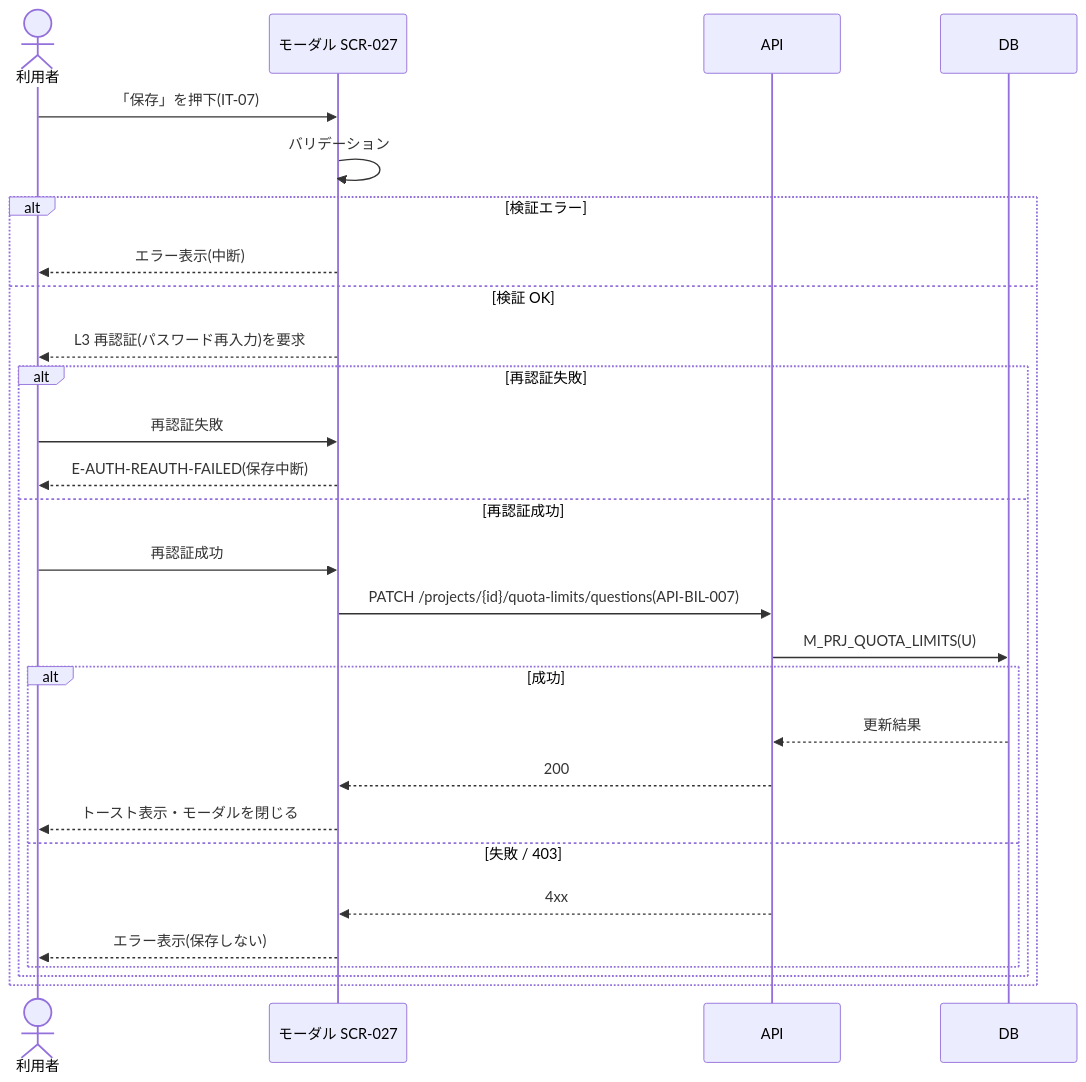
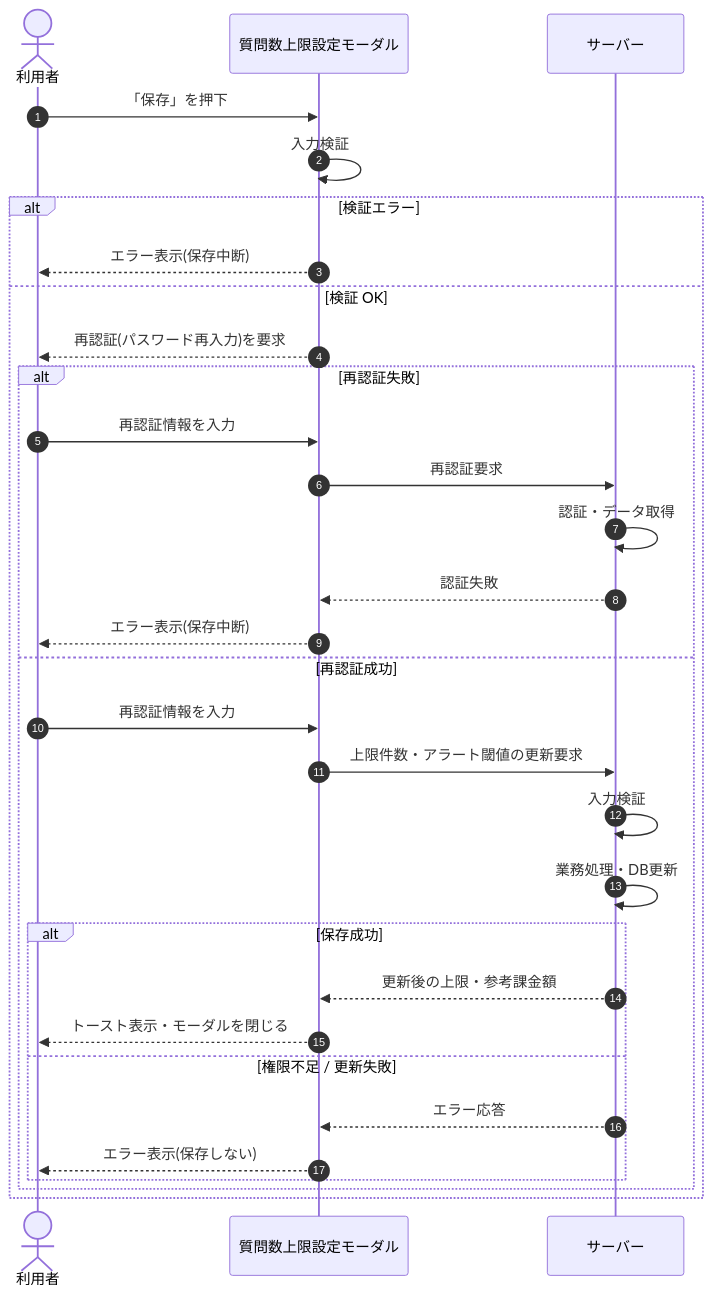
The diagram in 02_basic_design/05_sequences/SEQ-080.md (sikakou54/open-faq), drawn with Mermaid before and after one commit. The commit also changed other lines of this file and 108 other files, not shown here.

First line of the commit message:
基本設計: シーケンス図を基本設計粒度(ユーザー/画面/サーバー)へ再編成

````diff
--- a/02_basic_design/05_sequences/SEQ-080.md
+++ b/02_basic_design/05_sequences/SEQ-080.md
@@ -25,30 +32,33 @@
 ```mermaid
 sequenceDiagram
+  autonumber
   actor U as 利用者
-  participant S as モーダル SCR-027
-  participant API as API
-  participant DB as DB
-  U->>S: 「保存」を押下(IT-07)
-  S->>S: バリデーション
+  participant Screen as 質問数上限設定モーダル
+  participant Server as サーバー
+  U->>Screen: 「保存」を押下
+  Screen->>Screen: 入力検証
   alt 検証エラー
-    S-->>U: エラー表示(中断)
+    Screen-->>U: エラー表示(保存中断)
   else 検証 OK
-    S-->>U: L3 再認証(パスワード再入力)を要求
+    Screen-->>U: 再認証(パスワード再入力)を要求
     alt 再認証失敗
-      U->>S: 再認証失敗
-      S-->>U: E-AUTH-REAUTH-FAILED(保存中断)
+      U->>Screen: 再認証情報を入力
+      Screen->>Server: 再認証要求
+      Server->>Server: 認証・データ取得
+      Server-->>Screen: 認証失敗
+      Screen-->>U: エラー表示(保存中断)
     else 再認証成功
-      U->>S: 再認証成功
-      S->>API: PATCH /projects/{id}/quota-limits/questions(API-BIL-007)
-      API->>DB: M_PRJ_QUOTA_LIMITS(U)
-      alt 成功
-        DB-->>API: 更新結果
-        API-->>S: 200
-        S-->>U: トースト表示・モーダルを閉じる
-      else 失敗 / 403
-        API-->>S: 4xx
-        S-->>U: エラー表示(保存しない)
+      U->>Screen: 再認証情報を入力
+      Screen->>Server: 上限件数・アラート閾値の更新要求
+      Server->>Server: 入力検証
+      Server->>Server: 業務処理・DB更新
+      alt 保存成功
+        Server-->>Screen: 更新後の上限・参考課金額
+        Screen-->>U: トースト表示・モーダルを閉じる
+      else 権限不足 / 更新失敗
+        Server-->>Screen: エラー応答
+        Screen-->>U: エラー表示(保存しない)
       end
     end
   end
 ```
````
